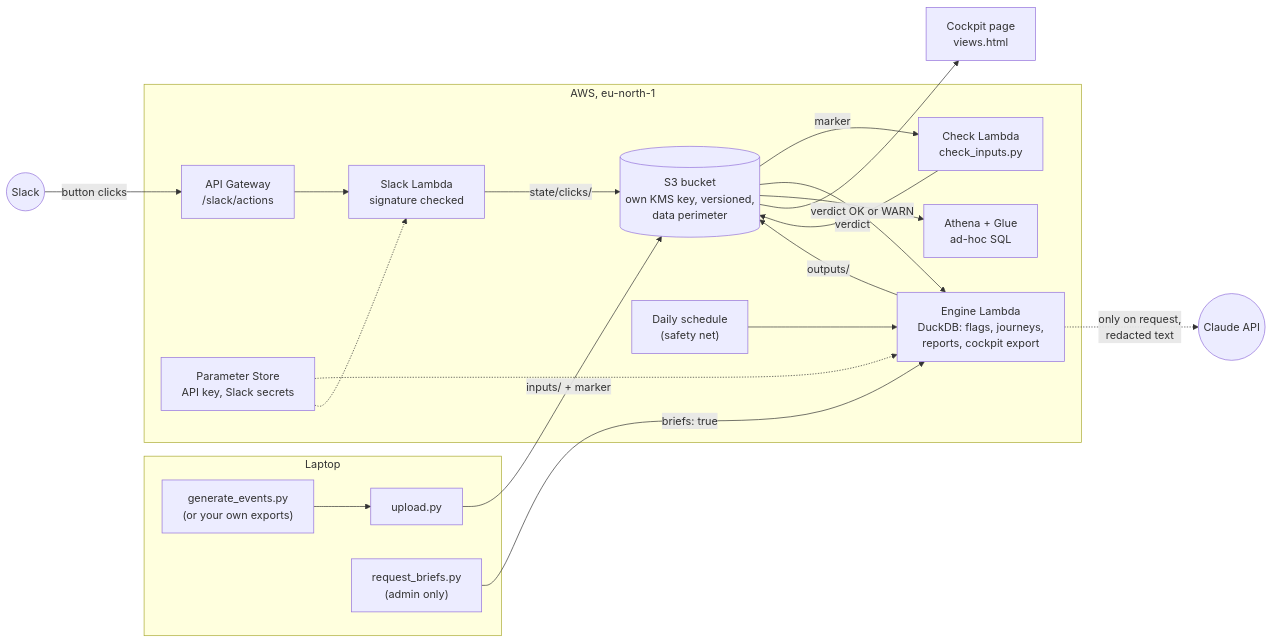
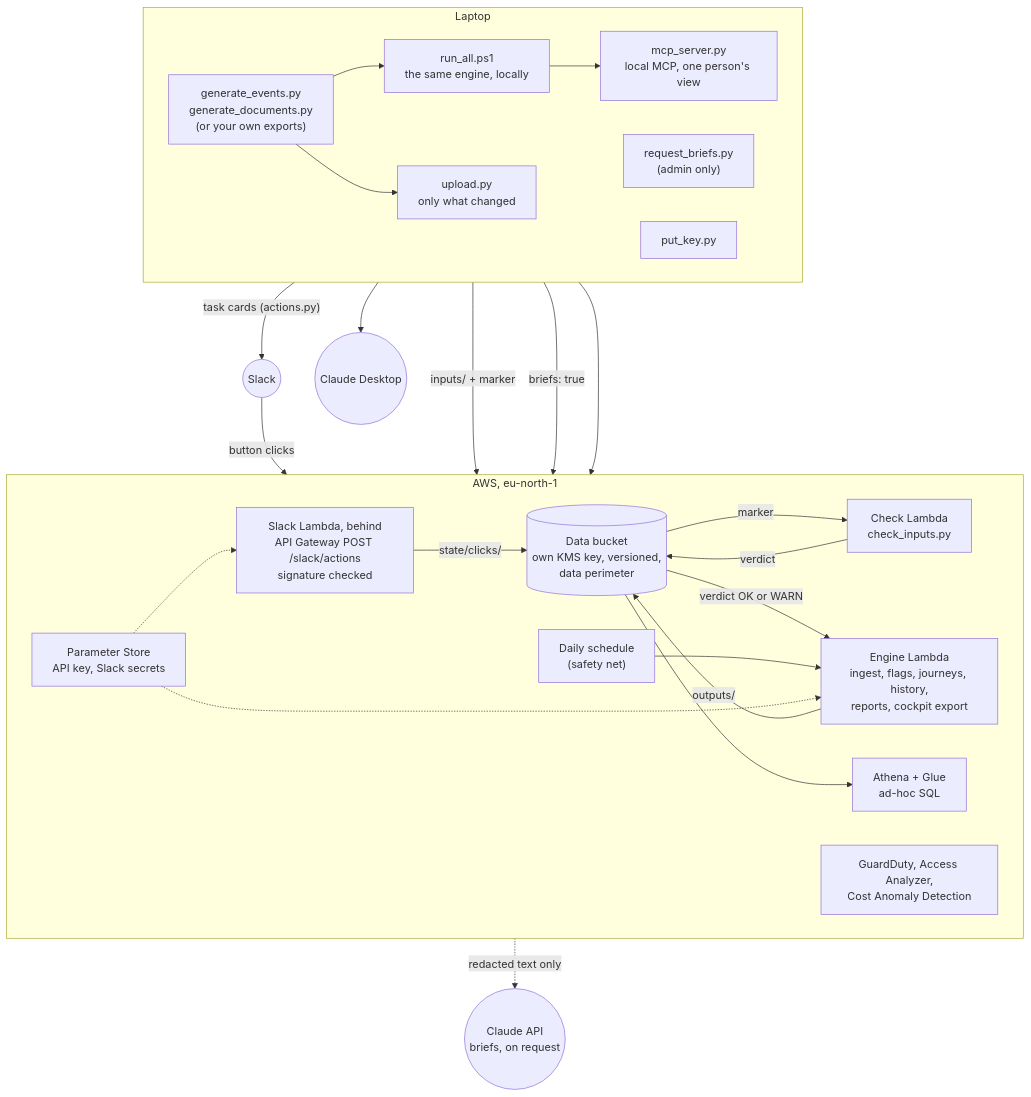
One commit to nikodemlaskowskitech-boop/engagement-engine changed the first of 2 diagrams in README.md. Above: the diagram before and after it, drawn with Mermaid. The commit also changed other lines of this file and 3 other files, not shown here.

First line of the commit message:
Second architecture review; README diagrams redrawn; CLAUDE.md trimmed (#252)

````diff
--- a/README.md
+++ b/README.md
@@ -77,34 +83,42 @@
 ```mermaid
-flowchart LR
+flowchart TB
   subgraph laptop["Laptop"]
-    gen["generate_events.py<br/>(or your own exports)"]
-    up["upload.py"]
+    direction LR
+    gen["generate_events.py<br/>generate_documents.py<br/>(or your own exports)"]
+    run["run_all.ps1<br/>the same engine, locally"]
+    up["upload.py<br/>only what changed"]
     rb["request_briefs.py<br/>(admin only)"]
+    key["put_key.py"]
+    mcp["mcp_server.py<br/>local MCP, one person's view"]
   end
   subgraph aws["AWS, eu-north-1"]
-    s3[("S3 bucket<br/>own KMS key, versioned,<br/>data perimeter")]
+    direction LR
+    s3[("Data bucket<br/>own KMS key, versioned,<br/>data perimeter")]
     chk["Check Lambda<br/>check_inputs.py"]
-    eng["Engine Lambda<br/>DuckDB: flags, journeys,<br/>reports, cockpit export"]
+    eng["Engine Lambda<br/>ingest, flags, journeys, history,<br/>reports, cockpit export"]
     sch["Daily schedule<br/>(safety net)"]
-    api["API Gateway<br/>/slack/actions"]
-    sl["Slack Lambda<br/>signature checked"]
+    sl["Slack Lambda, behind<br/>API Gateway POST /slack/actions<br/>signature checked"]
     ssm["Parameter Store<br/>API key, Slack secrets"]
     ath["Athena + Glue<br/>ad-hoc SQL"]
+    sec["GuardDuty, Access Analyzer,<br/>Cost Anomaly Detection"]
   end
   slack(("Slack"))
-  llm(("Claude API"))
-  cockpit["Cockpit page<br/>views.html"]
+  llm(("Claude API<br/>briefs, on request"))
+  desk(("Claude Desktop"))
 
+  gen --> run
   gen --> up -->|"inputs/ + marker"| s3
-  s3 -->|marker| chk -->|"verdict"| s3
-  s3 -->|verdict OK or WARN| eng
+  s3 -->|marker| chk -->|verdict| s3
+  s3 -->|"verdict OK or WARN"| eng
   sch --> eng
   rb -->|"briefs: true"| eng
   eng -->|"outputs/"| s3
-  eng -.->|"only on request,<br/>redacted text"| llm
+  eng -.->|"redacted text only"| llm
+  key --> ssm
   ssm -.-> eng
   ssm -.-> sl
-  slack -->|button clicks| api --> sl -->|"state/clicks/"| s3
+  run -->|"task cards (actions.py)"| slack
+  slack -->|button clicks| sl -->|"state/clicks/"| s3
   s3 --> ath
-  s3 --> cockpit
+  run --> mcp --> desk
 ```
````
